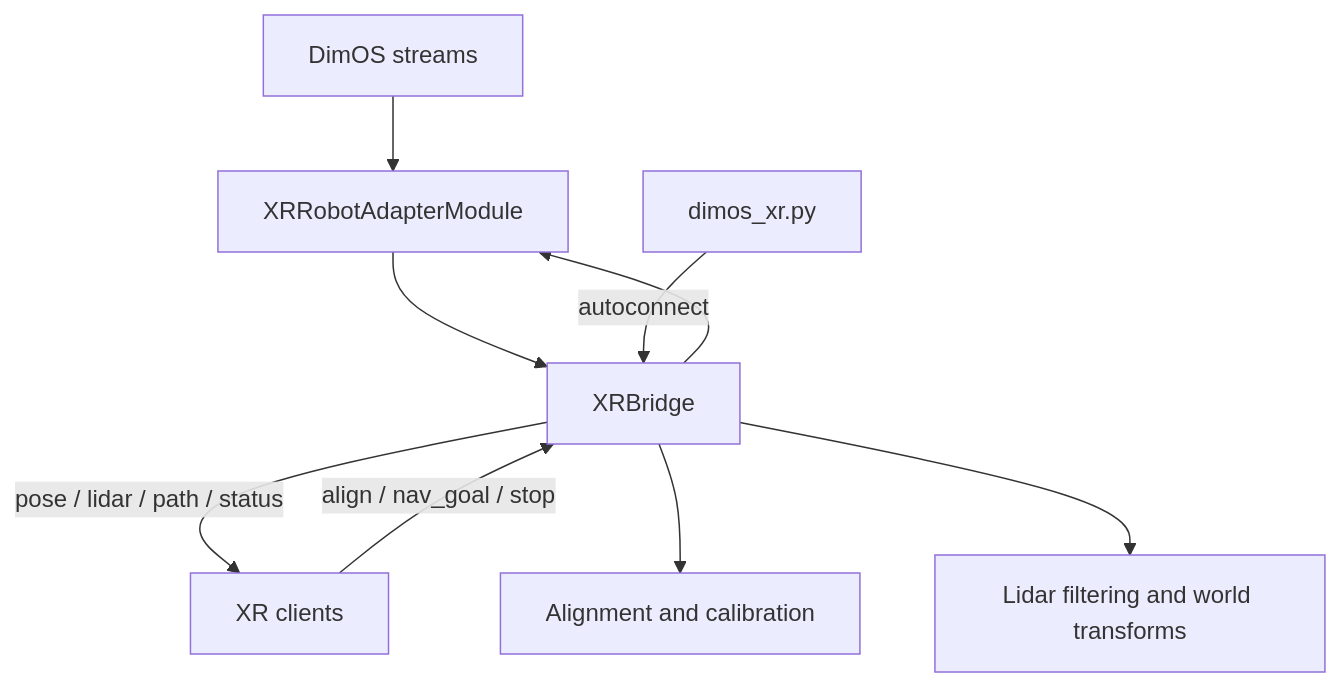
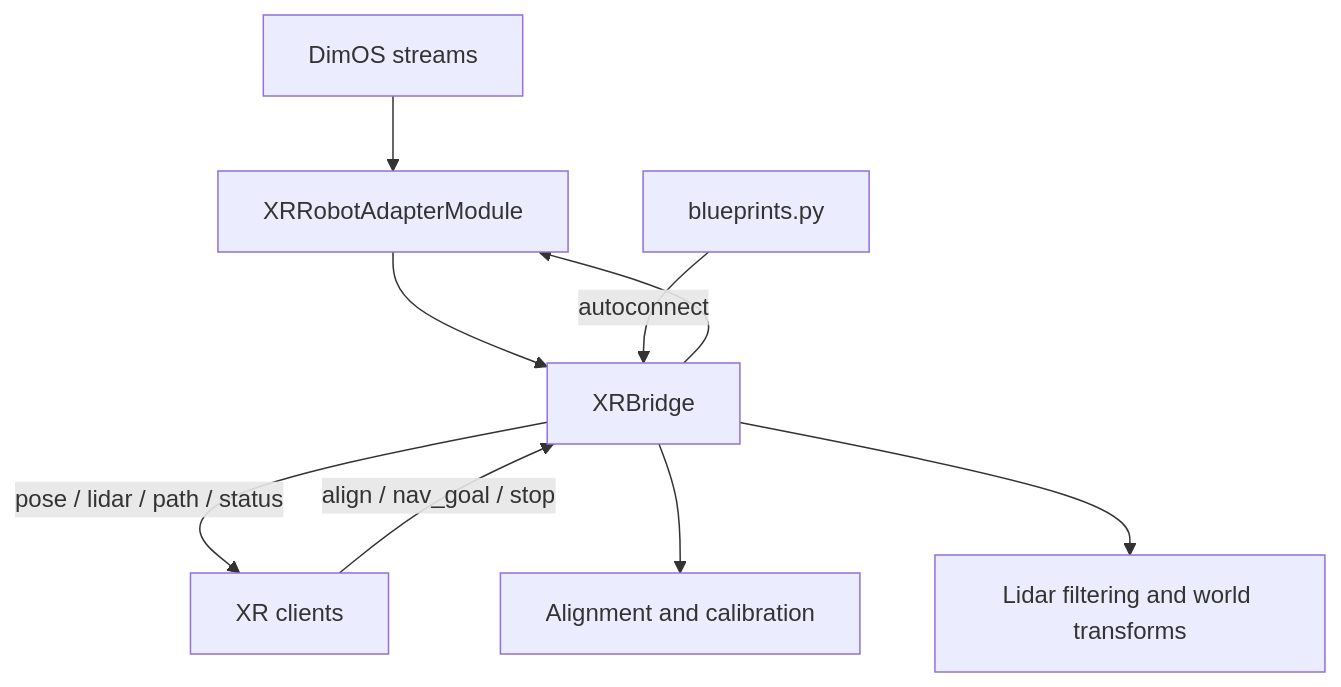
Before and after one commit to V4C38/spectacles-dimensional-os: the third of 3 diagrams in README.md, drawn with Mermaid. The commit also changed other lines of this file and 16 other files, not shown here.

````diff
--- a/README.md
+++ b/README.md
@@ -161,11 +158,11 @@
 ```mermaid
 flowchart TB
   DimOSStreams[DimOS streams] --> XRAdapter[XRRobotAdapterModule]
   XRAdapter --> XRBridge[XRBridge]
   Clients[XR clients] -->|"align / nav_goal / stop"| XRBridge
   XRBridge -->|"pose / lidar / path / status"| Clients
   XRBridge --> Alignment[Alignment and calibration]
   XRBridge --> Filtering[Lidar filtering and world transforms]
   XRBridge --> XRAdapter
-  Blueprint[dimos_xr.py] -->|"autoconnect"| XRBridge
+  Blueprint[blueprints.py] -->|"autoconnect"| XRBridge
 ```
````
